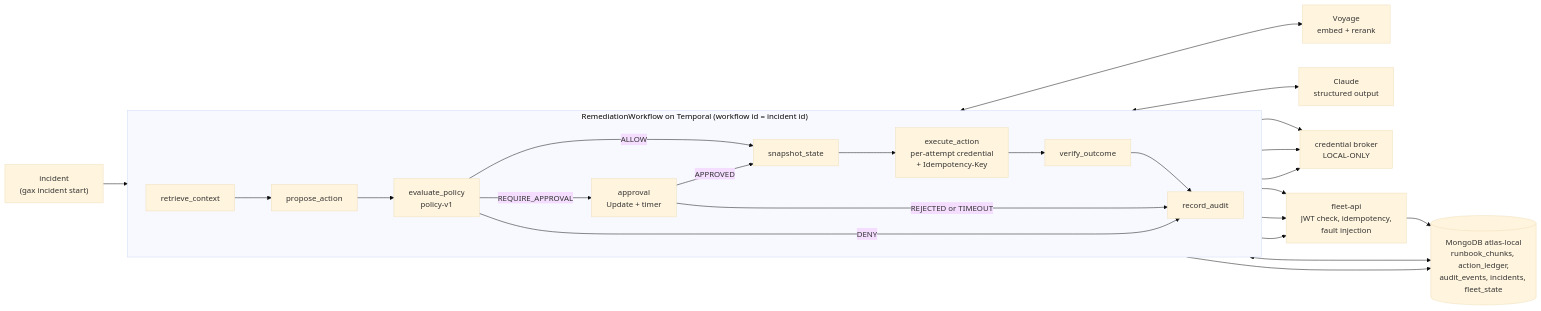
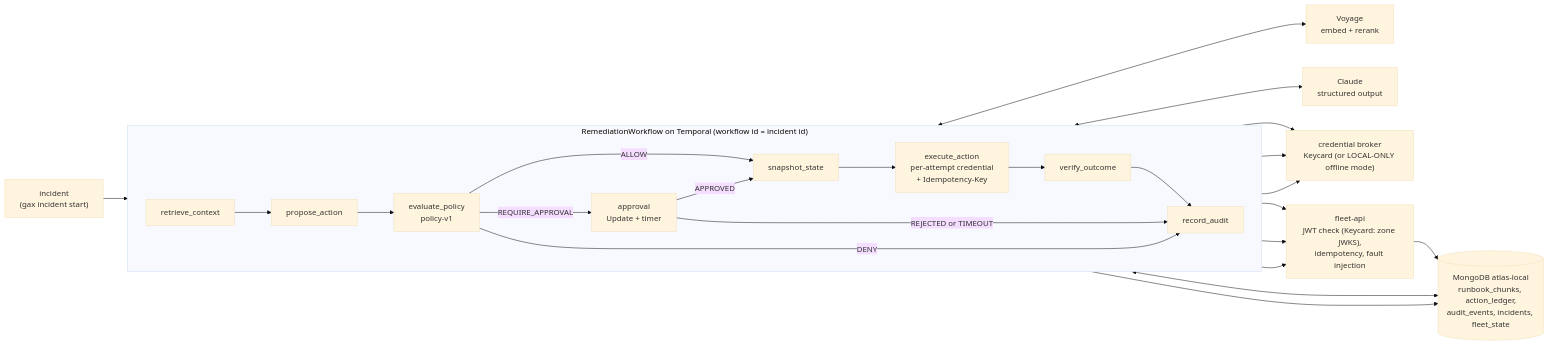
Before and after one commit to BharathraajNagarajan/governed-agent-exec: the diagram in README.md, drawn with Mermaid (base theme). The commit also changed other lines of this file, not shown here.

Commit message:
Docs: README reflects Keycard integration (K3 evidence, both demo runs, Keycard design decisions, findings and limitations)

````diff
--- a/README.md
+++ b/README.md
@@ -42,26 +42,26 @@
 ```mermaid
 flowchart LR
     I["incident<br/>(gax incident start)"] --> WF
 
     subgraph WF["RemediationWorkflow on Temporal (workflow id = incident id)"]
         direction LR
         R["retrieve_context"] --> P["propose_action"]
         P --> E["evaluate_policy<br/>policy-v1"]
         E -->|ALLOW| S["snapshot_state"]
         E -->|REQUIRE_APPROVAL| A["approval<br/>Update + timer"]
         A -->|APPROVED| S
         E -->|DENY| AU
         A -->|REJECTED or TIMEOUT| AU
         S --> X["execute_action<br/>per-attempt credential<br/>+ Idempotency-Key"]
         X --> V["verify_outcome"]
         V --> AU["record_audit"]
     end
 
     R <--> VO["Voyage<br/>embed + rerank"]
     R <--> M[("MongoDB atlas-local<br/>runbook_chunks, action_ledger,<br/>audit_events, incidents, fleet_state")]
     P <--> C["Claude<br/>structured output"]
-    S & X & V --> B["credential broker<br/>LOCAL-ONLY"]
-    S & X & V --> F["fleet-api<br/>JWT check, idempotency,<br/>fault injection"]
+    S & X & V --> B["credential broker<br/>Keycard (or LOCAL-ONLY offline mode)"]
+    S & X & V --> F["fleet-api<br/>JWT check (Keycard: zone JWKS),<br/>idempotency, fault injection"]
     F --> M
     AU --> M
 ```
````
